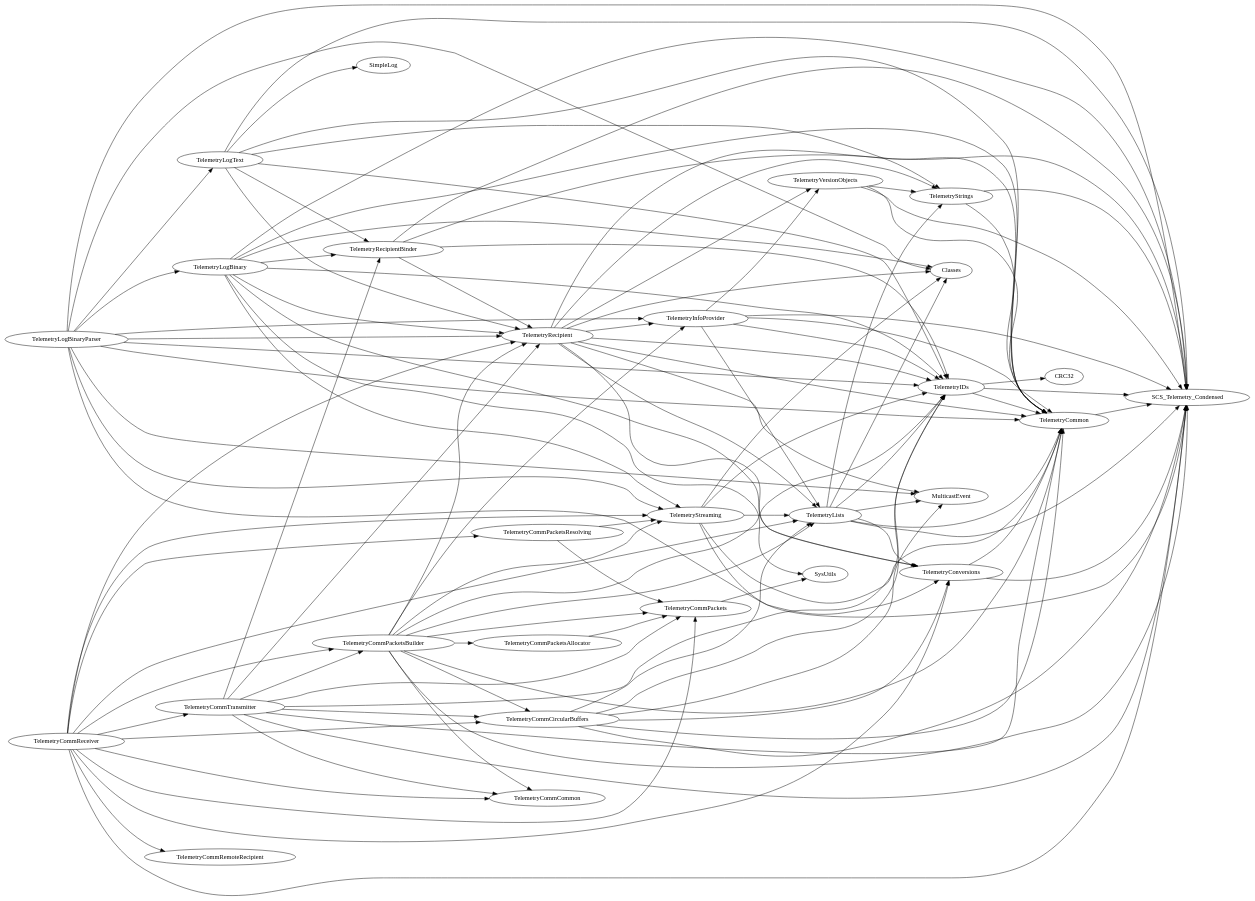
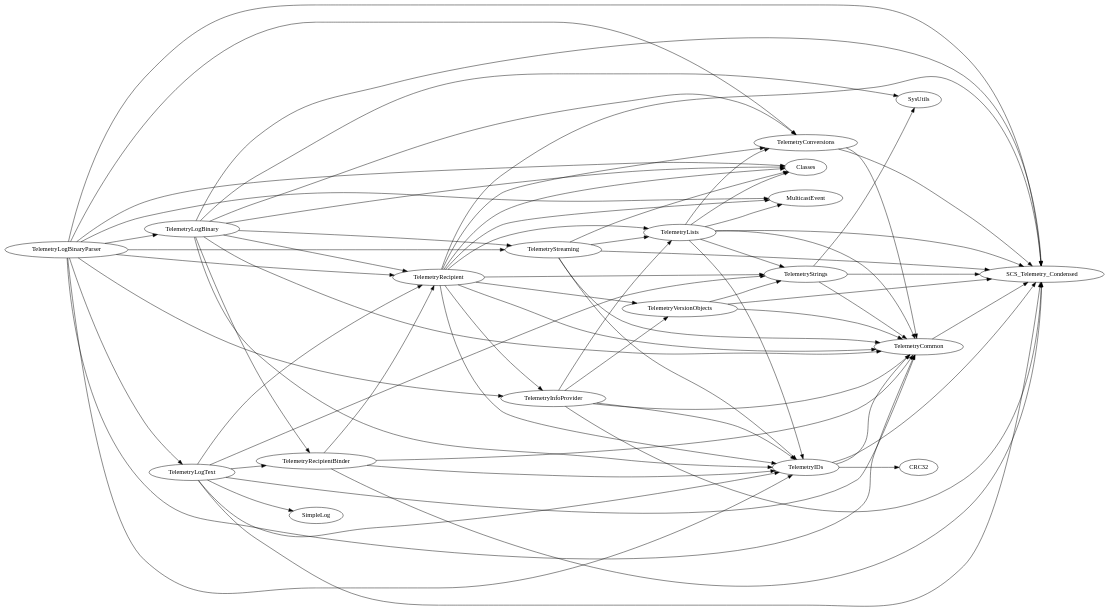
The diagram in Telemetry Library/Documentation/GVUses.dot (TheLazyTomcat/TelemetryLibrary), drawn with Graphviz before and after one commit. The commit also changed 154 other files, not shown here.

```diff
--- a/Telemetry Library/Documentation/GVUses.dot
+++ b/Telemetry Library/Documentation/GVUses.dot
@@ -1,135 +1,86 @@
 DiGraph Uses {
   rankdir="LR"
-  "TelemetryCommCircularBuffers" -> "TelemetryCommon"
-  "TelemetryCommCircularBuffers" -> "TelemetryIDs"
-  "TelemetryCommCircularBuffers" -> "TelemetryConversions"
-  "TelemetryCommCircularBuffers" -> "TelemetryLists"
-  "TelemetryCommCircularBuffers" -> "MulticastEvent"
-  "TelemetryCommCircularBuffers" -> "SCS_Telemetry_Condensed"
-  "TelemetryCommCircularBuffers" [href="TelemetryCommCircularBuffers.html"]
-  "TelemetryCommCommon" [href="TelemetryCommCommon.html"]
   "TelemetryCommon" -> "SCS_Telemetry_Condensed"
   "TelemetryCommon" [href="TelemetryCommon.html"]
-  "TelemetryCommPackets" -> "SysUtils"
-  "TelemetryCommPackets" [href="TelemetryCommPackets.html"]
-  "TelemetryCommPacketsAllocator" -> "TelemetryCommPackets"
-  "TelemetryCommPacketsAllocator" [href="TelemetryCommPacketsAllocator.html"]
-  "TelemetryCommPacketsBuilder" -> "TelemetryCommon"
-  "TelemetryCommPacketsBuilder" -> "TelemetryIDs"
-  "TelemetryCommPacketsBuilder" -> "TelemetryLists"
-  "TelemetryCommPacketsBuilder" -> "TelemetryInfoProvider"
-  "TelemetryCommPacketsBuilder" -> "TelemetryRecipient"
-  "TelemetryCommPacketsBuilder" -> "TelemetryCommCommon"
-  "TelemetryCommPacketsBuilder" -> "TelemetryCommPackets"
-  "TelemetryCommPacketsBuilder" -> "TelemetryCommCircularBuffers"
-  "TelemetryCommPacketsBuilder" -> "TelemetryCommPacketsAllocator"
-  "TelemetryCommPacketsBuilder" -> "TelemetryStreaming"
-  "TelemetryCommPacketsBuilder" -> "SCS_Telemetry_Condensed"
-  "TelemetryCommPacketsBuilder" [href="TelemetryCommPacketsBuilder.html"]
-  "TelemetryCommPacketsResolving" -> "TelemetryStreaming"
-  "TelemetryCommPacketsResolving" -> "TelemetryCommPackets"
-  "TelemetryCommPacketsResolving" [href="TelemetryCommPacketsResolving.html"]
-  "TelemetryCommReceiver" -> "TelemetryRecipient"
-  "TelemetryCommReceiver" -> "TelemetryCommCommon"
-  "TelemetryCommReceiver" -> "TelemetryCommPackets"
-  "TelemetryCommReceiver" -> "TelemetryCommCircularBuffers"
-  "TelemetryCommReceiver" -> "TelemetryCommPacketsBuilder"
-  "TelemetryCommReceiver" -> "TelemetryCommPacketsResolving"
-  "TelemetryCommReceiver" -> "TelemetryCommRemoteRecipient"
-  "TelemetryCommReceiver" -> "TelemetryCommTransmitter"
-  "TelemetryCommReceiver" -> "TelemetryConversions"
-  "TelemetryCommReceiver" -> "TelemetryLists"
-  "TelemetryCommReceiver" -> "TelemetryStreaming"
-  "TelemetryCommReceiver" -> "SCS_Telemetry_Condensed"
-  "TelemetryCommReceiver" [href="TelemetryCommReceiver.html"]
-  "TelemetryCommTransmitter" -> "TelemetryCommon"
-  "TelemetryCommTransmitter" -> "TelemetryIDs"
-  "TelemetryCommTransmitter" -> "TelemetryRecipient"
-  "TelemetryCommTransmitter" -> "TelemetryRecipientBinder"
-  "TelemetryCommTransmitter" -> "TelemetryCommCommon"
-  "TelemetryCommTransmitter" -> "TelemetryCommPackets"
-  "TelemetryCommTransmitter" -> "TelemetryCommCircularBuffers"
-  "TelemetryCommTransmitter" -> "TelemetryCommPacketsBuilder"
-  "TelemetryCommTransmitter" -> "SCS_Telemetry_Condensed"
-  "TelemetryCommTransmitter" [href="TelemetryCommTransmitter.html"]
   "TelemetryConversions" -> "TelemetryCommon"
   "TelemetryConversions" -> "SCS_Telemetry_Condensed"
   "TelemetryConversions" [href="TelemetryConversions.html"]
   "TelemetryIDs" -> "CRC32"
   "TelemetryIDs" -> "TelemetryCommon"
   "TelemetryIDs" -> "SCS_Telemetry_Condensed"
   "TelemetryIDs" [href="TelemetryIDs.html"]
   "TelemetryInfoProvider" -> "TelemetryIDs"
   "TelemetryInfoProvider" -> "TelemetryLists"
   "TelemetryInfoProvider" -> "TelemetryVersionObjects"
   "TelemetryInfoProvider" -> "TelemetryCommon"
   "TelemetryInfoProvider" -> "SCS_Telemetry_Condensed"
   "TelemetryInfoProvider" [href="TelemetryInfoProvider.html"]
   "TelemetryLists" -> "Classes"
   "TelemetryLists" -> "MulticastEvent"
   "TelemetryLists" -> "TelemetryCommon"
   "TelemetryLists" -> "TelemetryIDs"
   "TelemetryLists" -> "TelemetryConversions"
   "TelemetryLists" -> "TelemetryStrings"
   "TelemetryLists" -> "SCS_Telemetry_Condensed"
   "TelemetryLists" [href="TelemetryLists.html"]
   "TelemetryLogBinary" -> "SysUtils"
   "TelemetryLogBinary" -> "Classes"
   "TelemetryLogBinary" -> "TelemetryCommon"
   "TelemetryLogBinary" -> "TelemetryIDs"
   "TelemetryLogBinary" -> "TelemetryRecipient"
   "TelemetryLogBinary" -> "TelemetryRecipientBinder"
   "TelemetryLogBinary" -> "TelemetryConversions"
   "TelemetryLogBinary" -> "TelemetryStreaming"
   "TelemetryLogBinary" -> "SCS_Telemetry_Condensed"
   "TelemetryLogBinary" [href="TelemetryLogBinary.html"]
   "TelemetryLogBinaryParser" -> "Classes"
   "TelemetryLogBinaryParser" -> "MulticastEvent"
   "TelemetryLogBinaryParser" -> "TelemetryCommon"
   "TelemetryLogBinaryParser" -> "TelemetryIDs"
   "TelemetryLogBinaryParser" -> "TelemetryInfoProvider"
   "TelemetryLogBinaryParser" -> "TelemetryRecipient"
   "TelemetryLogBinaryParser" -> "TelemetryLogText"
   "TelemetryLogBinaryParser" -> "TelemetryLogBinary"
   "TelemetryLogBinaryParser" -> "TelemetryConversions"
   "TelemetryLogBinaryParser" -> "TelemetryStreaming"
   "TelemetryLogBinaryParser" -> "SCS_Telemetry_Condensed"
   "TelemetryLogBinaryParser" [href="TelemetryLogBinaryParser.html"]
   "TelemetryLogText" -> "SimpleLog"
   "TelemetryLogText" -> "TelemetryCommon"
   "TelemetryLogText" -> "TelemetryIDs"
   "TelemetryLogText" -> "TelemetryRecipient"
   "TelemetryLogText" -> "TelemetryRecipientBinder"
   "TelemetryLogText" -> "TelemetryStrings"
   "TelemetryLogText" -> "SCS_Telemetry_Condensed"
   "TelemetryLogText" [href="TelemetryLogText.html"]
   "TelemetryRecipient" -> "Classes"
   "TelemetryRecipient" -> "MulticastEvent"
   "TelemetryRecipient" -> "TelemetryCommon"
   "TelemetryRecipient" -> "TelemetryIDs"
   "TelemetryRecipient" -> "TelemetryLists"
   "TelemetryRecipient" -> "TelemetryVersionObjects"
   "TelemetryRecipient" -> "TelemetryInfoProvider"
   "TelemetryRecipient" -> "TelemetryConversions"
   "TelemetryRecipient" -> "TelemetryStrings"
   "TelemetryRecipient" -> "SCS_Telemetry_Condensed"
   "TelemetryRecipient" [href="TelemetryRecipient.html"]
   "TelemetryRecipientBinder" -> "TelemetryCommon"
   "TelemetryRecipientBinder" -> "TelemetryIDs"
   "TelemetryRecipientBinder" -> "TelemetryRecipient"
   "TelemetryRecipientBinder" -> "SCS_Telemetry_Condensed"
   "TelemetryRecipientBinder" [href="TelemetryRecipientBinder.html"]
   "TelemetryStreaming" -> "Classes"
   "TelemetryStreaming" -> "TelemetryCommon"
   "TelemetryStreaming" -> "TelemetryIDs"
   "TelemetryStreaming" -> "TelemetryLists"
   "TelemetryStreaming" -> "SCS_Telemetry_Condensed"
   "TelemetryStreaming" [href="TelemetryStreaming.html"]
+  "TelemetryStrings" -> "SysUtils"
   "TelemetryStrings" -> "TelemetryCommon"
   "TelemetryStrings" -> "SCS_Telemetry_Condensed"
   "TelemetryStrings" [href="TelemetryStrings.html"]
   "TelemetryVersionObjects" -> "TelemetryCommon"
   "TelemetryVersionObjects" -> "TelemetryStrings"
   "TelemetryVersionObjects" -> "SCS_Telemetry_Condensed"
   "TelemetryVersionObjects" [href="TelemetryVersionObjects.html"]
 }
```
